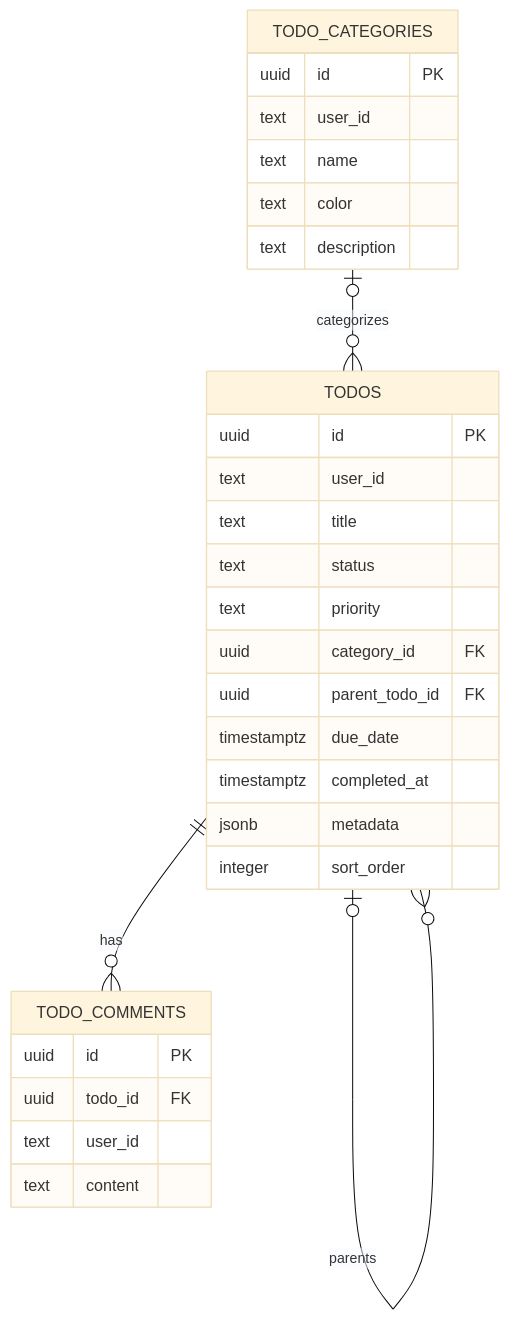
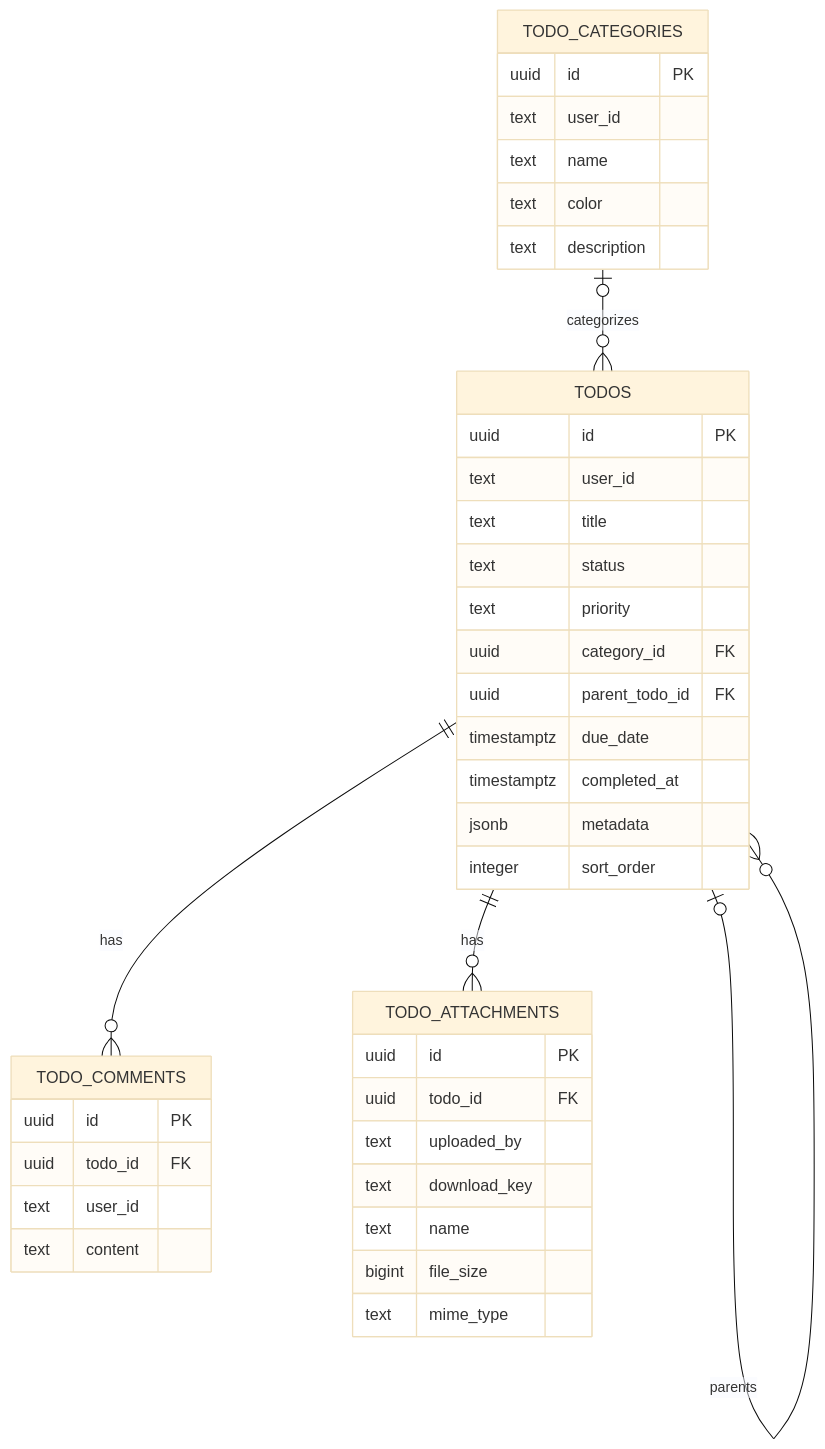
Before and after one commit to vinaykvv00/tasker: the diagram in docs/database/04_project_schema_reference.md, drawn with Mermaid (base theme). The commit also changed other lines of this file and 36 other files, not shown here.

````diff
--- a/docs/database/04_project_schema_reference.md
+++ b/docs/database/04_project_schema_reference.md
@@ -14,32 +16,42 @@
 ```mermaid
 erDiagram
     TODO_CATEGORIES o|--o{ TODOS : categorizes
     TODOS o|--o{ TODOS : parents
     TODOS ||--o{ TODO_COMMENTS : has
+    TODOS ||--o{ TODO_ATTACHMENTS : has
     TODO_CATEGORIES {
         uuid id PK
         text user_id
         text name
         text color
         text description
     }
     TODOS {
         uuid id PK
         text user_id
         text title
         text status
         text priority
         uuid category_id FK
         uuid parent_todo_id FK
         timestamptz due_date
         timestamptz completed_at
         jsonb metadata
         integer sort_order
     }
     TODO_COMMENTS {
         uuid id PK
         uuid todo_id FK
         text user_id
         text content
     }
+    TODO_ATTACHMENTS {
+        uuid id PK
+        uuid todo_id FK
+        text uploaded_by
+        text download_key
+        text name
+        bigint file_size
+        text mime_type
+    }
 ```
````
